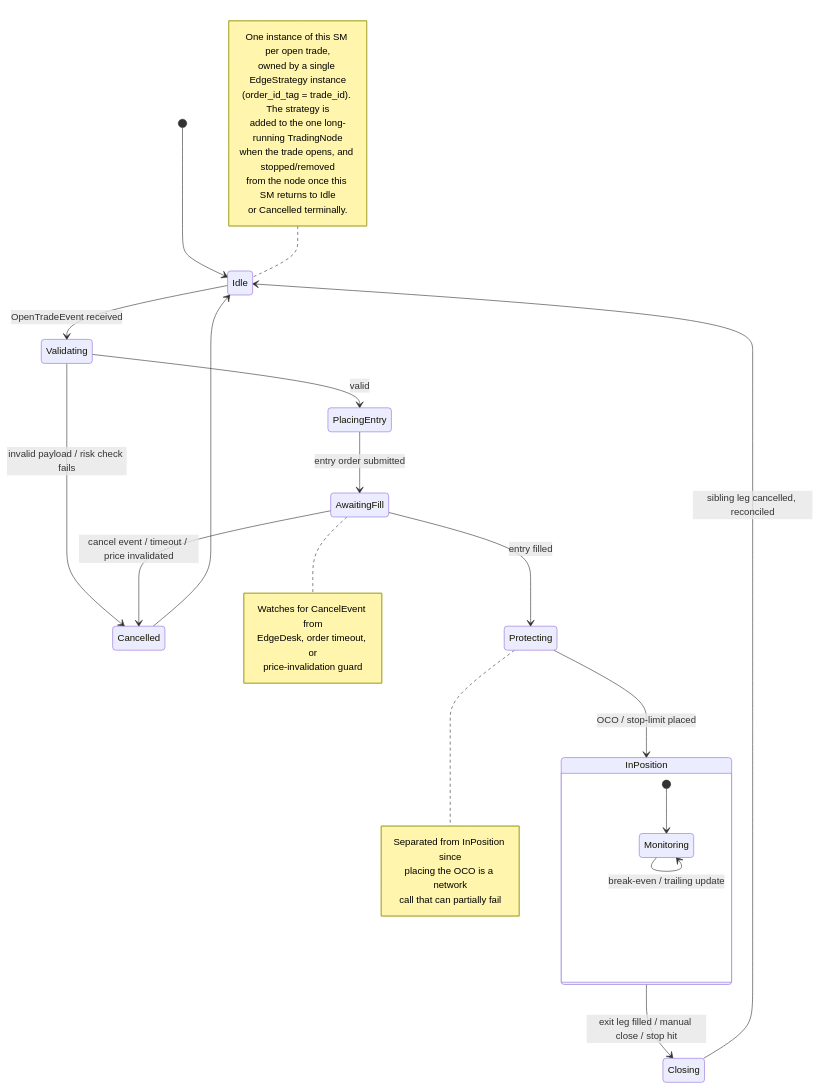
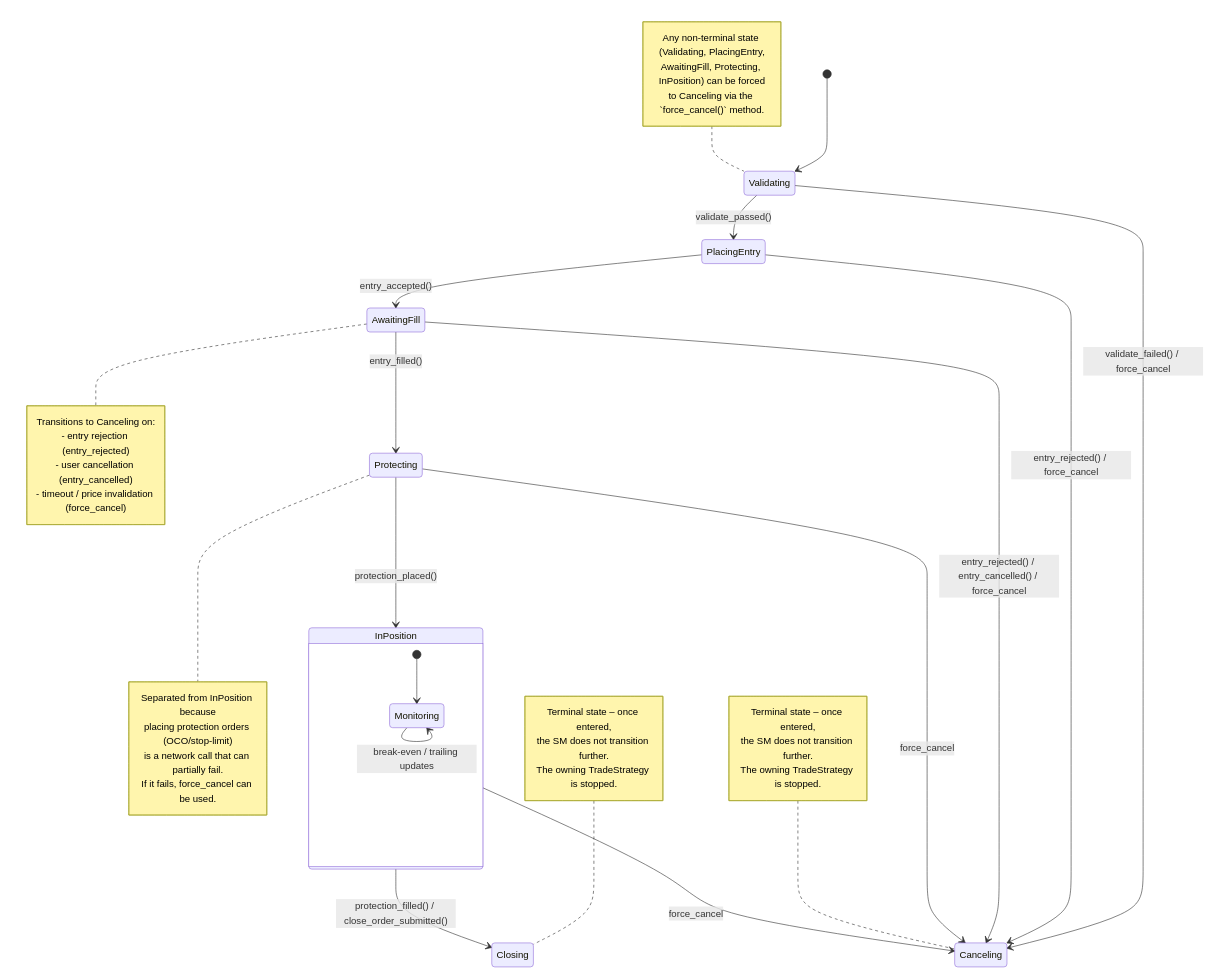
Before and after one commit to Andy11011/EDGEngine: the diagram in Arch/EdgeTrader/Order-managementSM.md, drawn with Mermaid. The commit also changed 3 other files, not shown here.

Commit message:
Implementing new Main Control Flow - 11

````diff
--- a/Arch/EdgeTrader/Order-managementSM.md
+++ b/Arch/EdgeTrader/Order-managementSM.md
@@ -1,48 +1,56 @@
 ```mermaid
 stateDiagram-v2
-    [*] --> Idle
+    [*] --> Validating
 
-    Idle --> Validating: OpenTradeEvent received
+    Validating --> PlacingEntry: validate_passed()
+    Validating --> Canceling: validate_failed() / force_cancel
 
-    Validating --> Cancelled: invalid payload / risk check fails
-    Validating --> PlacingEntry: valid
+    PlacingEntry --> AwaitingFill: entry_accepted()
+    PlacingEntry --> Canceling: entry_rejected() / force_cancel
 
-    PlacingEntry --> AwaitingFill: entry order submitted
+    AwaitingFill --> Protecting: entry_filled()
+    AwaitingFill --> Canceling: entry_rejected() / entry_cancelled() / force_cancel
 
-    AwaitingFill --> Cancelled: cancel event / timeout / price invalidated
-    AwaitingFill --> Protecting: entry filled
-
-    Protecting --> InPosition: OCO / stop-limit placed
+    Protecting --> InPosition: protection_placed()
+    Protecting --> Canceling: force_cancel
 
     state InPosition {
         [*] --> Monitoring
-        Monitoring --> Monitoring: break-even / trailing update
+        Monitoring --> Monitoring: break-even / trailing updates
     }
 
-    InPosition --> Closing: exit leg filled / manual close / stop hit
-
-    Closing --> Idle: sibling leg cancelled, reconciled
-    Cancelled --> Idle
+    InPosition --> Closing: protection_filled() / close_order_submitted()
+    InPosition --> Canceling: force_cancel
 
     note right of AwaitingFill
-        Watches for CancelEvent from
-        EdgeDesk, order timeout, or
-        price-invalidation guard
+        Transitions to Canceling on:
+        - entry rejection (entry_rejected)
+        - user cancellation (entry_cancelled)
+        - timeout / price invalidation (force_cancel)
     end note
 
     note right of Protecting
-        Separated from InPosition since
-        placing the OCO is a network
-        call that can partially fail
+        Separated from InPosition because
+        placing protection orders (OCO/stop-limit)
+        is a network call that can partially fail.
+        If it fails, force_cancel can be used.
     end note
 
-    note left of Idle
-        One instance of this SM per open trade,
-        owned by a single EdgeStrategy instance
-        (order_id_tag = trade_id). The strategy is
-        added to the one long-running TradingNode
-        when the trade opens, and stopped/removed
-        from the node once this SM returns to Idle
-        or Cancelled terminally.
+    note left of Canceling
+        Terminal state – once entered,
+        the SM does not transition further.
+        The owning TradeStrategy is stopped.
+    end note
+
+    note left of Closing
+        Terminal state – once entered,
+        the SM does not transition further.
+        The owning TradeStrategy is stopped.
+    end note
+
+    note left of Validating
+        Any non-terminal state (Validating, PlacingEntry,
+        AwaitingFill, Protecting, InPosition) can be forced
+        to Canceling via the `force_cancel()` method.
     end note
 ```
````
